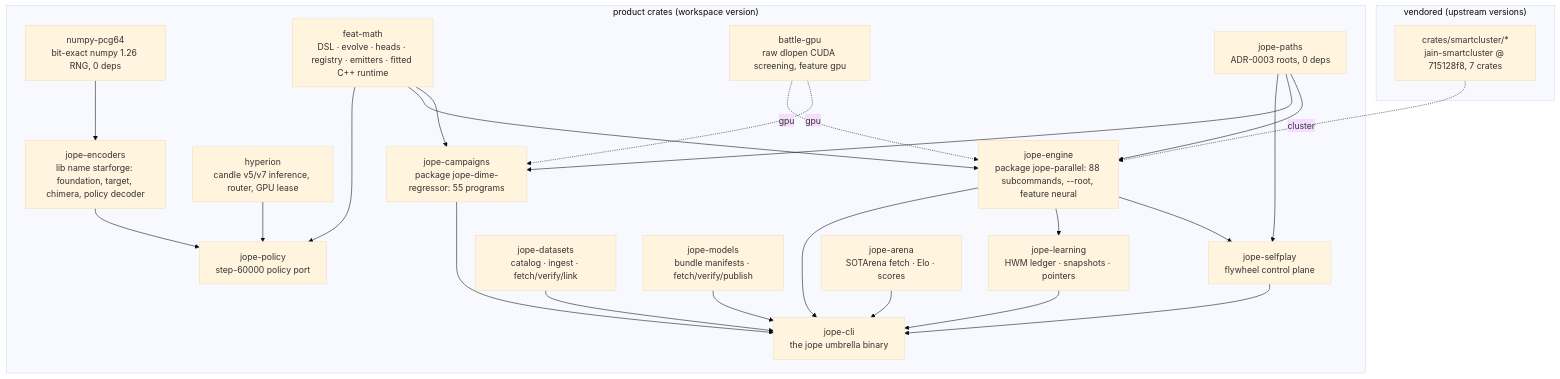
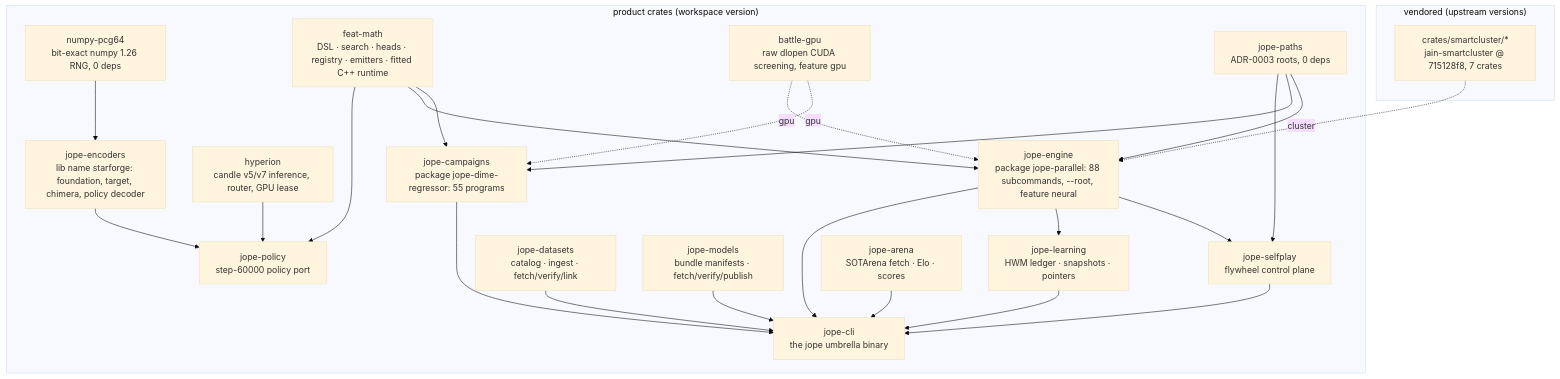
One commit to neverhuman/JopeDime changed the second of 2 diagrams in docs/architecture.md. Above: the diagram before and after it, drawn with Mermaid (base theme). The commit also changed other lines of this file and 31 other files, not shown here.

````diff
--- a/docs/architecture.md
+++ b/docs/architecture.md
@@ -35,44 +35,44 @@
 ```mermaid
 flowchart TB
   subgraph product["product crates (workspace version)"]
     numpy[numpy-pcg64<br/>bit-exact numpy 1.26 RNG, 0 deps]
-    fm[feat-math<br/>DSL · evolve · heads · registry · emitters · fitted C++ runtime]
+    fm[feat-math<br/>DSL · search · heads · registry · emitters · fitted C++ runtime]
     bg[battle-gpu<br/>raw dlopen CUDA screening, feature gpu]
     enc[jope-encoders<br/>lib name starforge: foundation, target, chimera, policy decoder]
     hyp[hyperion<br/>candle v5/v7 inference, router, GPU lease]
     pol[jope-policy<br/>step-60000 policy port]
     eng[jope-engine<br/>package jope-parallel: 88 subcommands, --root, feature neural]
     camp[jope-campaigns<br/>package jope-dime-regressor: 55 programs]
     self[jope-selfplay<br/>flywheel control plane]
     paths[jope-paths<br/>ADR-0003 roots, 0 deps]
     data[jope-datasets<br/>catalog · ingest · fetch/verify/link]
     models[jope-models<br/>bundle manifests · fetch/verify/publish]
     learn[jope-learning<br/>HWM ledger · snapshots · pointers]
     arena[jope-arena<br/>SOTArena fetch · Elo · scores]
     cli[jope-cli<br/>the jope umbrella binary]
   end
   subgraph vendored["vendored (upstream versions)"]
     sc[crates/smartcluster/*<br/>jain-smartcluster @ 715128f8, 7 crates]
   end
   fm --> camp
   fm --> eng
   bg -.gpu.-> camp
   bg -.gpu.-> eng
   numpy --> enc
   enc --> pol
   hyp --> pol
   fm --> pol
   paths --> eng
   paths --> camp
   paths --> self
   sc -.cluster.-> eng
   eng --> self
   eng --> learn
   data --> cli
   models --> cli
   learn --> cli
   arena --> cli
   eng --> cli
   camp --> cli
   self --> cli
 ```
````
